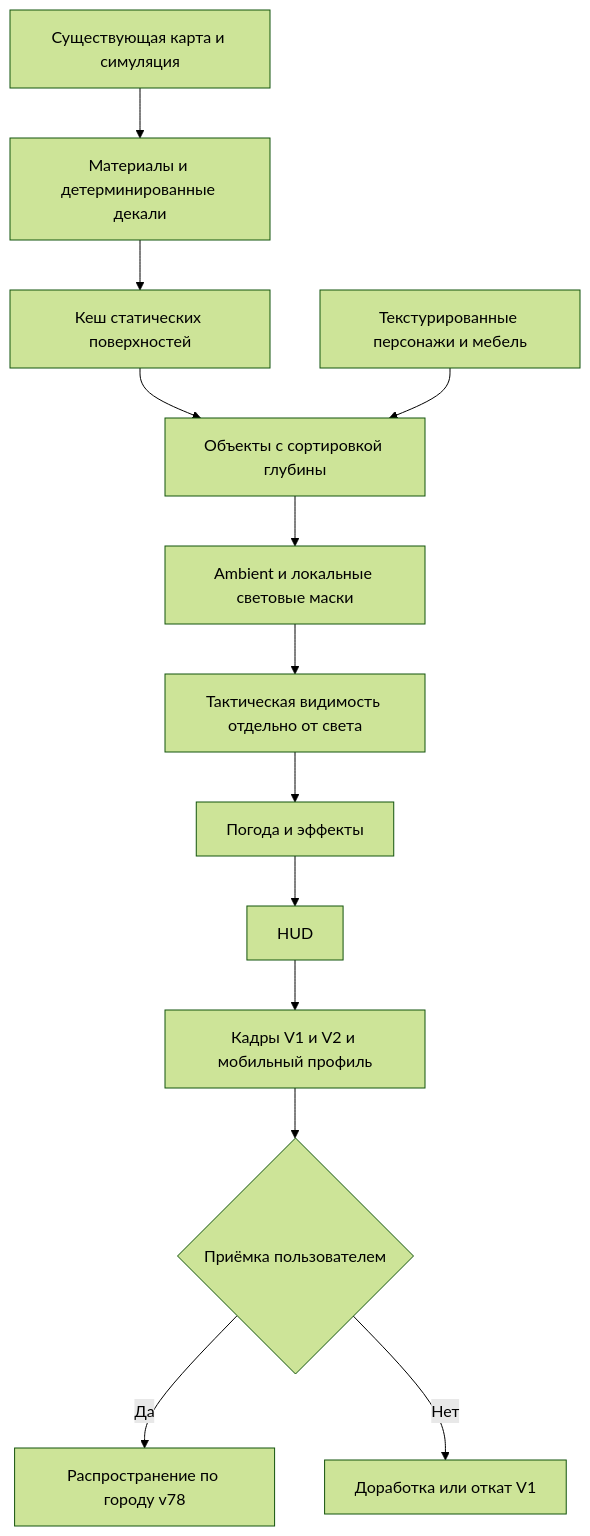
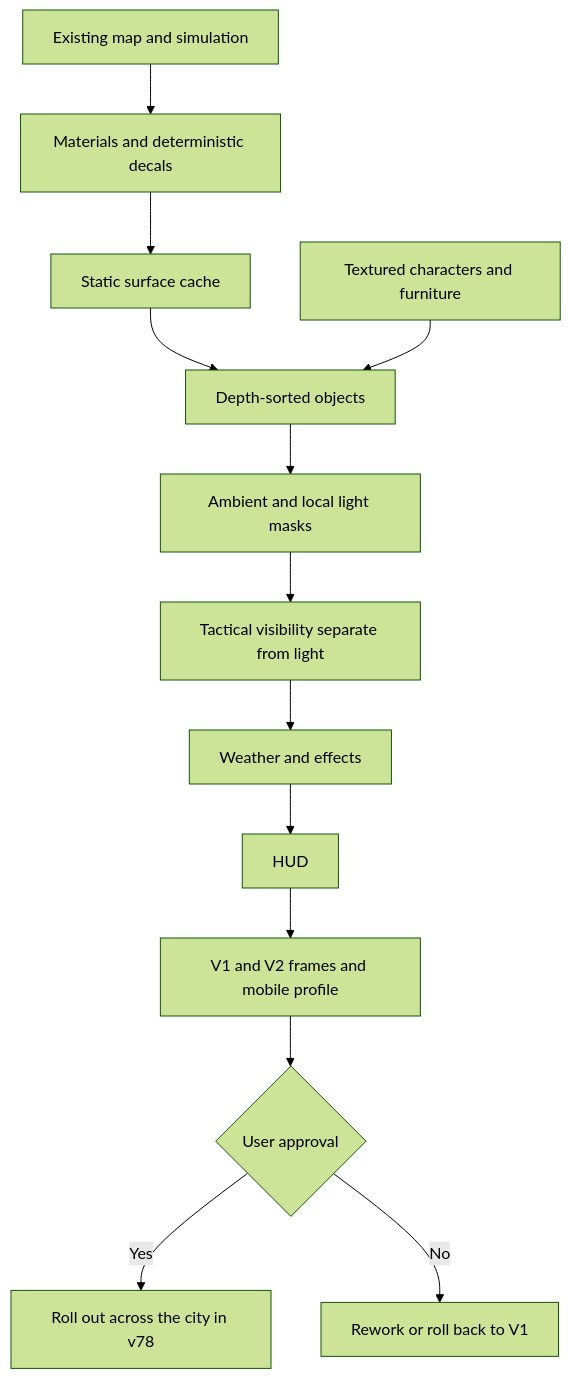
The diagram in docs/BLOCK96_DEVELOPMENT_PLAN.md (XI-Elf/Block-96), drawn with Mermaid (forest theme) before and after one commit. The commit also changed other lines of this file and 6 other files, not shown here.

````diff
--- a/docs/BLOCK96_DEVELOPMENT_PLAN.md
+++ b/docs/BLOCK96_DEVELOPMENT_PLAN.md
@@ -87,15 +92,15 @@
 ```mermaid
 flowchart TD
- A[Существующая карта и симуляция] --> B[Материалы и детерминированные декали]
- B --> C[Кеш статических поверхностей]
- C --> D[Объекты с сортировкой глубины]
- E[Текстурированные персонажи и мебель] --> D
- D --> F[Ambient и локальные световые маски]
- F --> G[Тактическая видимость отдельно от света]
- G --> H[Погода и эффекты]
+ A[Existing map and simulation] --> B[Materials and deterministic decals]
+ B --> C[Static surface cache]
+ C --> D[Depth-sorted objects]
+ E[Textured characters and furniture] --> D
+ D --> F[Ambient and local light masks]
+ F --> G[Tactical visibility separate from light]
+ G --> H[Weather and effects]
  H --> I[HUD]
- I --> J[Кадры V1 и V2 и мобильный профиль]
- J --> K{Приёмка пользователем}
- K -->|Да| L[Распространение по городу v78]
- K -->|Нет| M[Доработка или откат V1]
+ I --> J[V1 and V2 frames and mobile profile]
+ J --> K{User approval}
+ K -->|Yes| L[Roll out across the city in v78]
+ K -->|No| M[Rework or roll back to V1]
 ```
````
